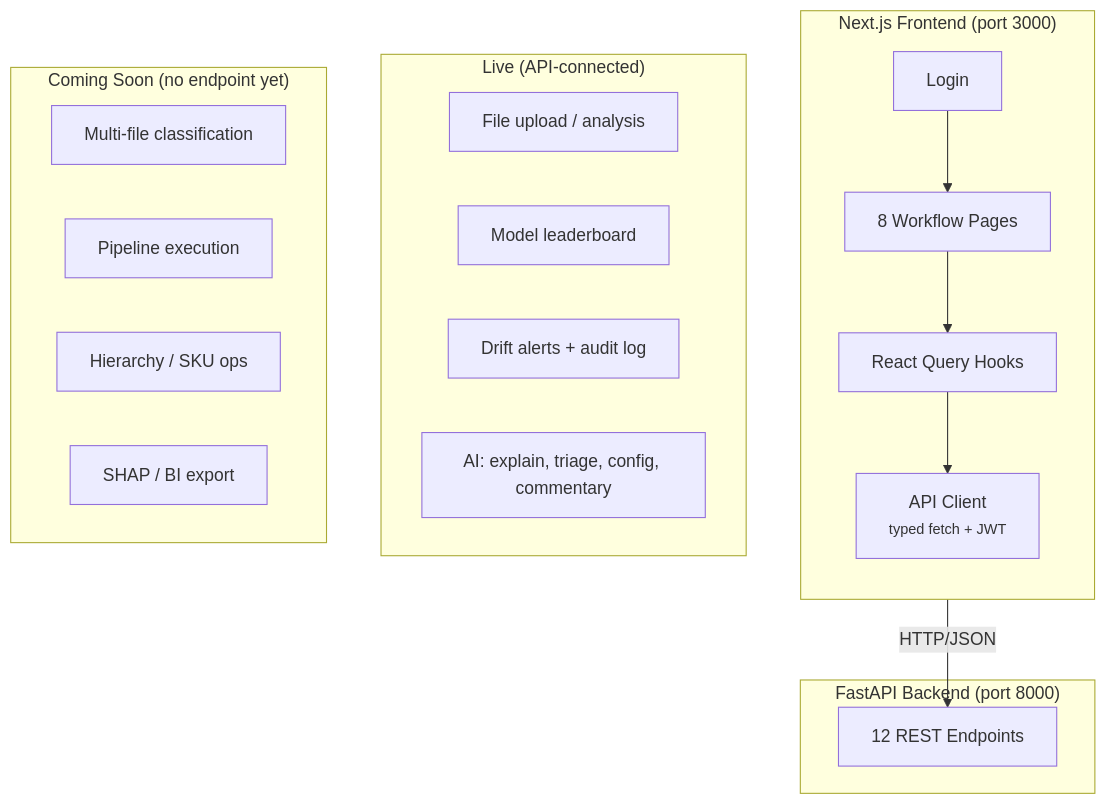
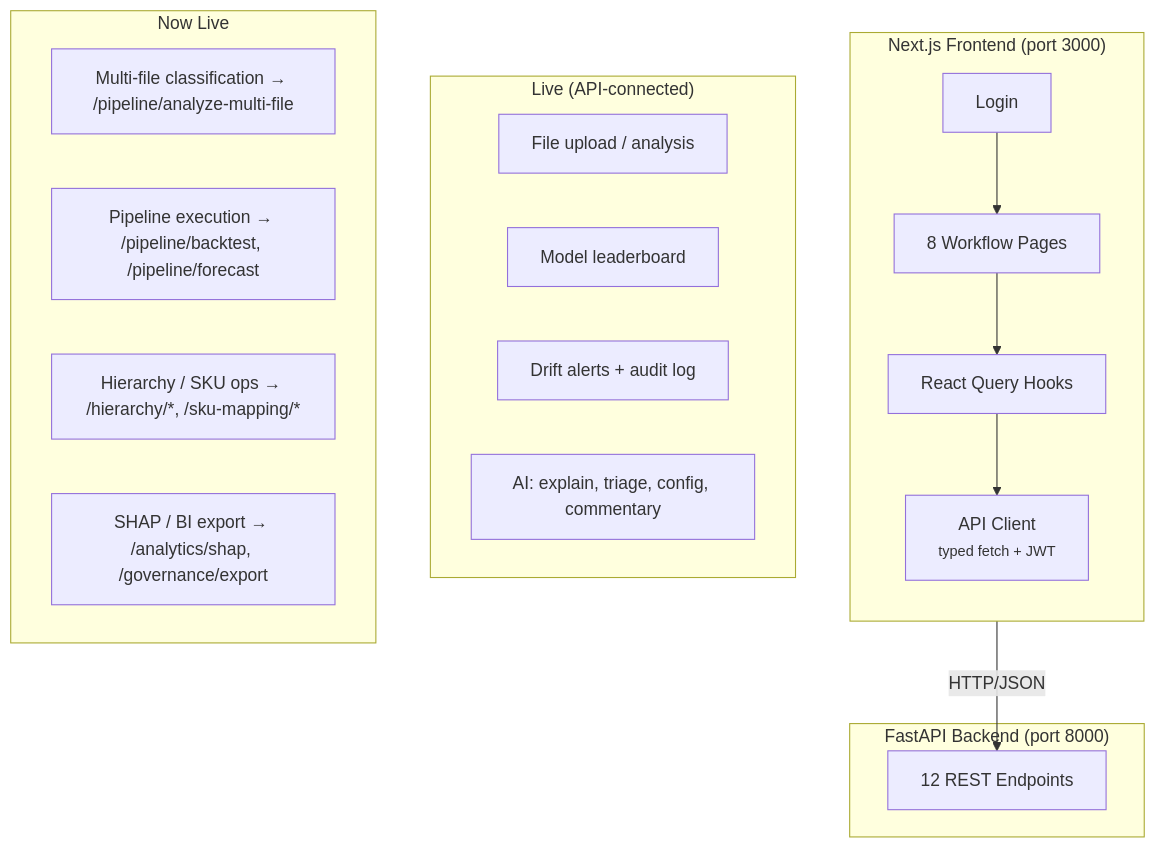
Before and after one commit to aethrixdev/sales_forecast: diagram 14 of 15 in ARCHITECTURE.md, drawn with Mermaid. The commit also changed other lines of this file and 334 other files, not shown here.

````diff
--- a/ARCHITECTURE.md
+++ b/ARCHITECTURE.md
@@ -675,29 +675,29 @@
 ```mermaid
 graph TB
     subgraph NextJS["Next.js Frontend (port 3000)"]
         direction TB
         NL["Login"] --> NP["8 Workflow Pages"]
         NP --> NH["React Query Hooks"]
         NH --> NC["API Client<br/><small>typed fetch + JWT</small>"]
     end
 
     subgraph API["FastAPI Backend (port 8000)"]
         EP["12 REST Endpoints"]
     end
 
     NC -->|HTTP/JSON| EP
 
     subgraph LiveFeatures["Live (API-connected)"]
         LF1["File upload / analysis"]
         LF2["Model leaderboard"]
         LF3["Drift alerts + audit log"]
         LF4["AI: explain, triage, config, commentary"]
     end
 
-    subgraph Placeholder["Coming Soon (no endpoint yet)"]
-        PH1["Multi-file classification"]
-        PH2["Pipeline execution"]
-        PH3["Hierarchy / SKU ops"]
-        PH4["SHAP / BI export"]
+    subgraph ImplementedFeatures["Now Live"]
+        IF1["Multi-file classification → /pipeline/analyze-multi-file"]
+        IF2["Pipeline execution → /pipeline/backtest, /pipeline/forecast"]
+        IF3["Hierarchy / SKU ops → /hierarchy/*, /sku-mapping/*"]
+        IF4["SHAP / BI export → /analytics/shap, /governance/export"]
     end
 ```
````
